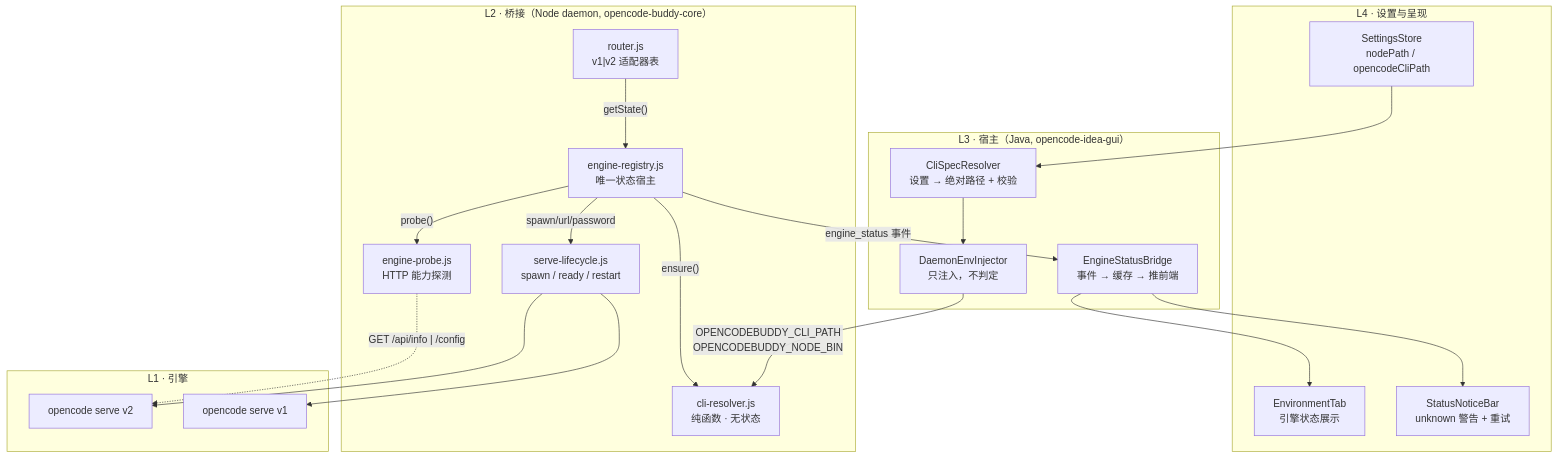
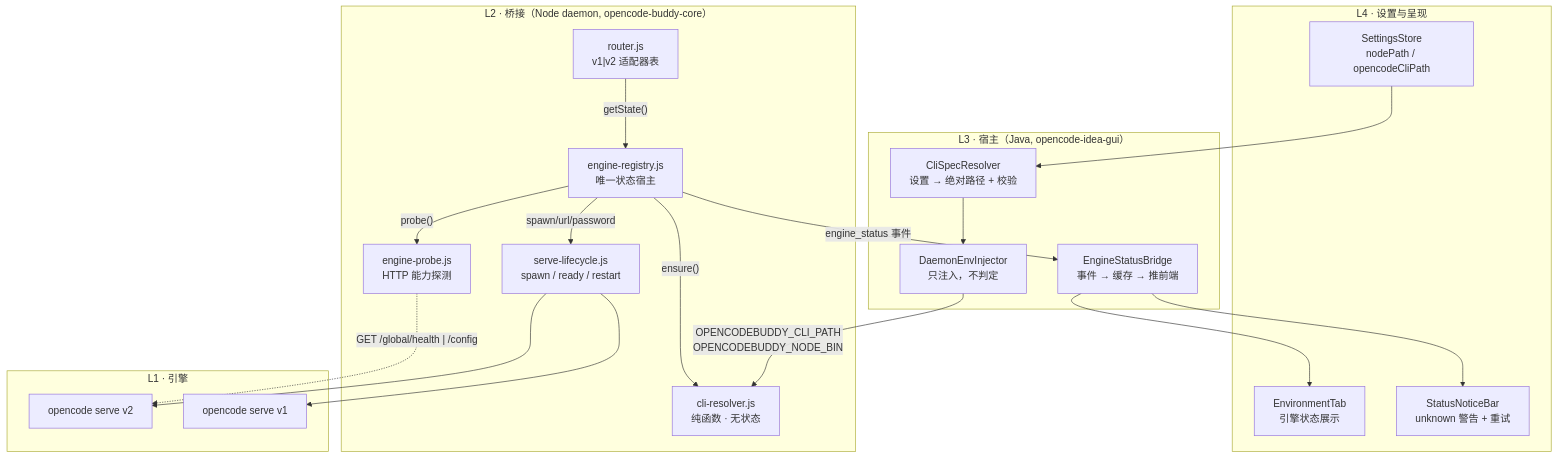
The diagram in docs/engine-resolution-architecture.md (SenjuObito/opencode-idea-gui), drawn with Mermaid before and after one commit. The commit also changed other lines of this file and 25 other files, not shown here.

````diff
--- a/docs/engine-resolution-architecture.md
+++ b/docs/engine-resolution-architecture.md
@@ -28,41 +28,41 @@
 ```mermaid
 flowchart TB
     subgraph L4["L4 · 设置与呈现"]
         S1["SettingsStore<br/>nodePath / opencodeCliPath"]
         S2["EnvironmentTab<br/>引擎状态展示"]
         S3["StatusNoticeBar<br/>unknown 警告 + 重试"]
     end
 
     subgraph L3["L3 · 宿主（Java, opencode-idea-gui）"]
         H1["CliSpecResolver<br/>设置 → 绝对路径 + 校验"]
         H2["DaemonEnvInjector<br/>只注入，不判定"]
         H3["EngineStatusBridge<br/>事件 → 缓存 → 推前端"]
     end
 
     subgraph L2["L2 · 桥接（Node daemon, opencode-buddy-core）"]
         B1["cli-resolver.js<br/>纯函数 · 无状态"]
         B2["engine-probe.js<br/>HTTP 能力探测"]
         B3["engine-registry.js<br/>唯一状态宿主"]
         B4["serve-lifecycle.js<br/>spawn / ready / restart"]
         B5["router.js<br/>v1|v2 适配器表"]
     end
 
     subgraph L1["L1 · 引擎"]
         E1["opencode serve v2"]
         E2["opencode serve v1"]
     end
 
     S1 --> H1
     H1 --> H2
     H2 -->|"OPENCODEBUDDY_CLI_PATH<br/>OPENCODEBUDDY_NODE_BIN"| B1
     B3 -->|"ensure()"| B1
     B3 -->|"probe()"| B2
     B3 -->|"spawn/url/password"| B4
     B5 -->|"getState()"| B3
     B4 --> E1
     B4 --> E2
-    B2 -.->|"GET /api/info | /config"| E1
+    B2 -.->|"GET /global/health | /config"| E1
     B3 -->|"engine_status 事件"| H3
     H3 --> S2
     H3 --> S3
 ```
````
